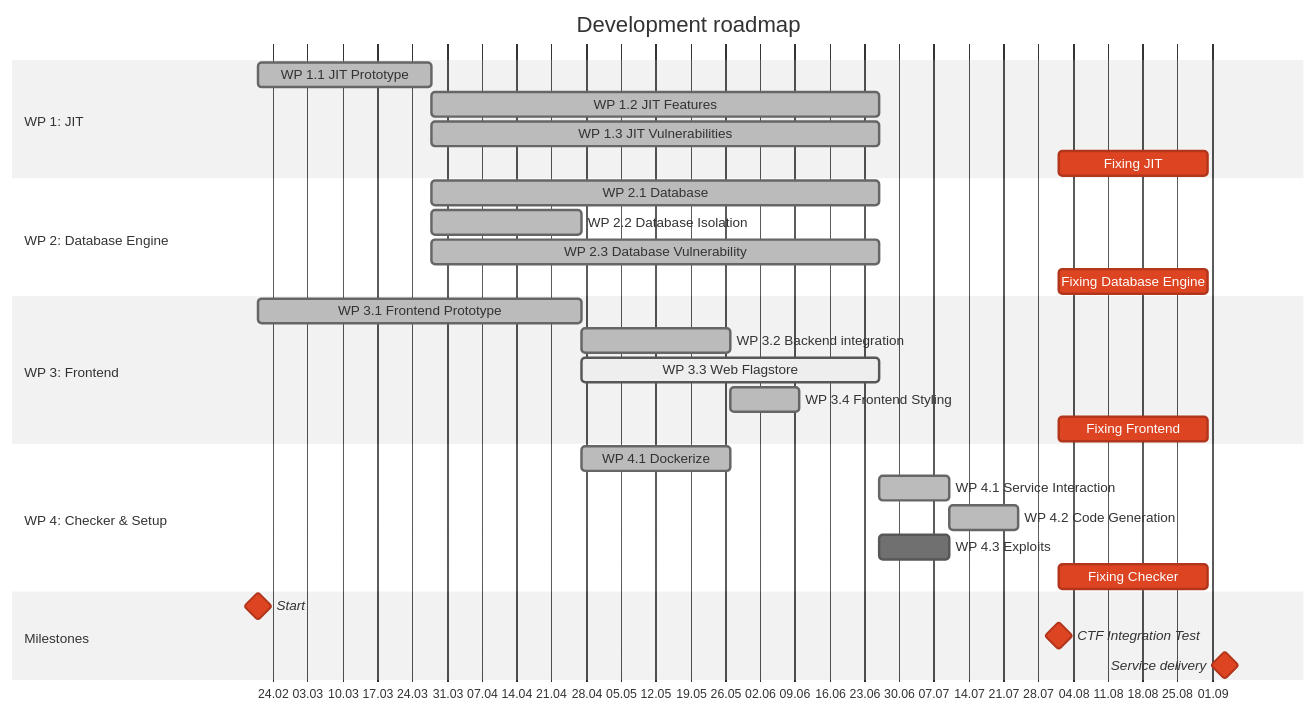
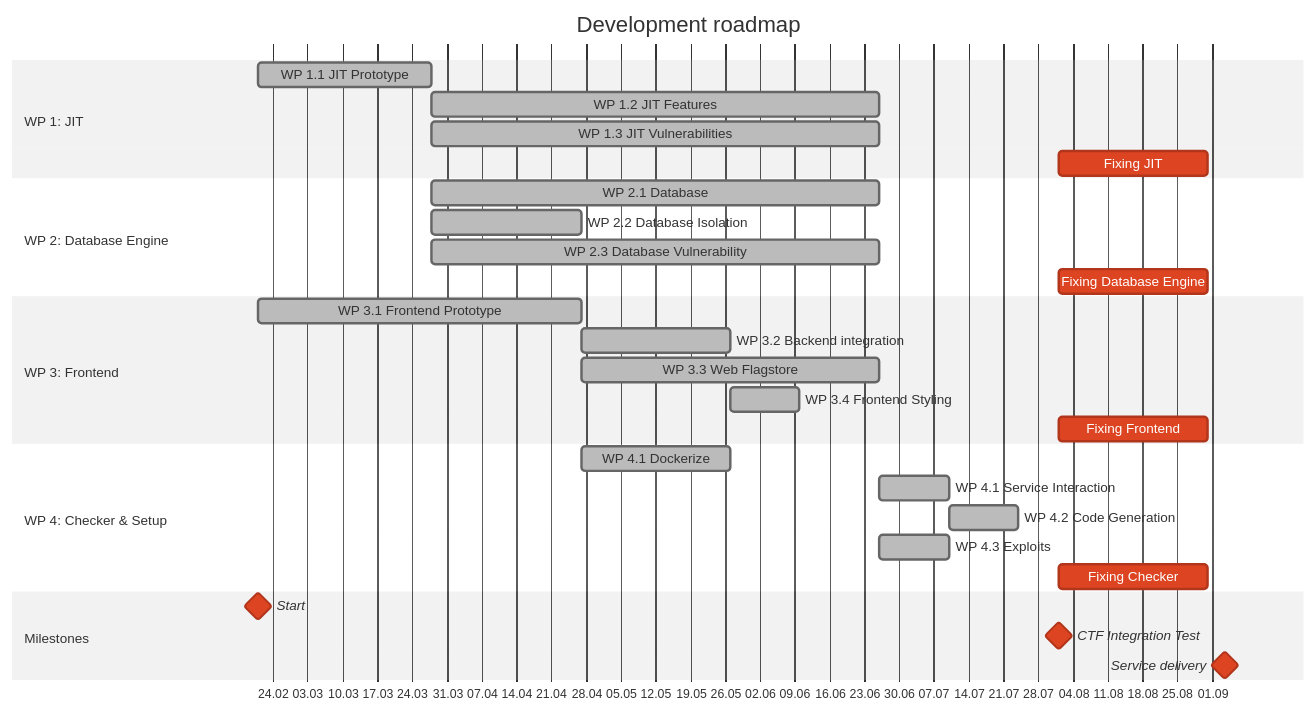
Before and after one commit to itsme-zeix/ecsc2025-service-Jitterish: the diagram in README.md, drawn with Mermaid. The commit also changed other lines of this file, not shown here.

````diff
--- a/README.md
+++ b/README.md
@@ -226,45 +226,45 @@
 ```mermaid
 %%{
     init: {
         'themeCSS': 'rect[id^=mkb_].task { fill: #c1e0ea; } rect[id^=singlechar_].task { fill: #fffe95; } rect[id^=both_].task { fill: #c1df89; } rect[class*=active] { stroke-width: 3; } rect[class*=milestone][class*=crit] { fill: #f99e8a; } rect[class*=done] { stroke: #888 !important; } text[class*=doneText] { fill: #888 !important; } text[class*=activeText] { animation: blinker 1s linear infinite; font-weight: bold } @keyframes blinker { 50% { opacity: 0.2; } } text[class*=critText]:not([class*=milestoneText], [class*=doneText]) { fill: #fff !important; } text { fill: #222 !important; } .titleText { font-size: 1.5em; }',
         'gantt': {
             'leftPadding': 200,
             'rightPadding': 100
         },
         'theme': 'neutral'
     }
 }%%
 gantt
   title Development roadmap
     dateFormat YYYY-MM-DD
     axisFormat %d.%m
     tickInterval 1week
     weekday monday
     todayMarker on
     section WP 1: JIT
         WP 1.1 JIT Prototype                        :done, mkb_wp11, after start, 35d
         WP 1.2 JIT Features                         :done, mkb_wp12, after mkb_wp11, 90d
         WP 1.3 JIT Vulnerabilities                  :done, mkb_wp13, after mkb_wp11, 90d
         Fixing JIT                                  :crit, after ctftest, until end
     section WP 2: Database Engine
         WP 2.1 Database                             :done, mkb_wp21, after mkb_wp11, 90d
         WP 2.2 Database Isolation                   :done, mkb_wp22, after mkb_wp11, 30d
         WP 2.3 Database Vulnerability               :done, mkb_wp23, after mkb_wp11, 90d
         Fixing Database Engine                      :crit, after ctftest, until end
     section WP 3: Frontend
         WP 3.1 Frontend Prototype                   :done, singlechar_wp31, after start, 65d
         WP 3.2 Backend integration                  :done, singlechar_wp33, after singlechar_wp31 mkb_wp11, 30d
-        WP 3.3 Web Flagstore                        :active, singlechar_wp32, after singlechar_wp31, 60d
+        WP 3.3 Web Flagstore                        :done, singlechar_wp32, after singlechar_wp31, 60d
         WP 3.4 Frontend Styling                     :done, singlechar_wp34, after singlechar_wp33, 14d
         Fixing Frontend                             :crit, after ctftest, until end
     section WP 4: Checker & Setup
         WP 4.1 Dockerize                            :done, both_wp40, after mkb_wp11 mkb_wp22 singlechar_wp31, 30d
         WP 4.1 Service Interaction                  :done, both_wp41, after mkb_wp13 mkb_wp22 both_wp40, 14d
         WP 4.2 Code Generation                      :done, both_wp42, after both_wp41, 14d
-        WP 4.3 Exploits                             :both_wp43, after mkb_wp13 mkb_wp23, 14d
+        WP 4.3 Exploits                             :done, both_wp43, after mkb_wp13 mkb_wp23, 14d
         Fixing Checker                              :crit, after ctftest, until end
     section Milestones
         Start                                       :milestone, crit, start, 2025-02-21, 0d
         CTF Integration Test                        :milestone, crit, ctftest, 2025-08-01, 0d
         Service delivery                            :milestone, crit, end, 2025-08-31, 7d
 ```
````
